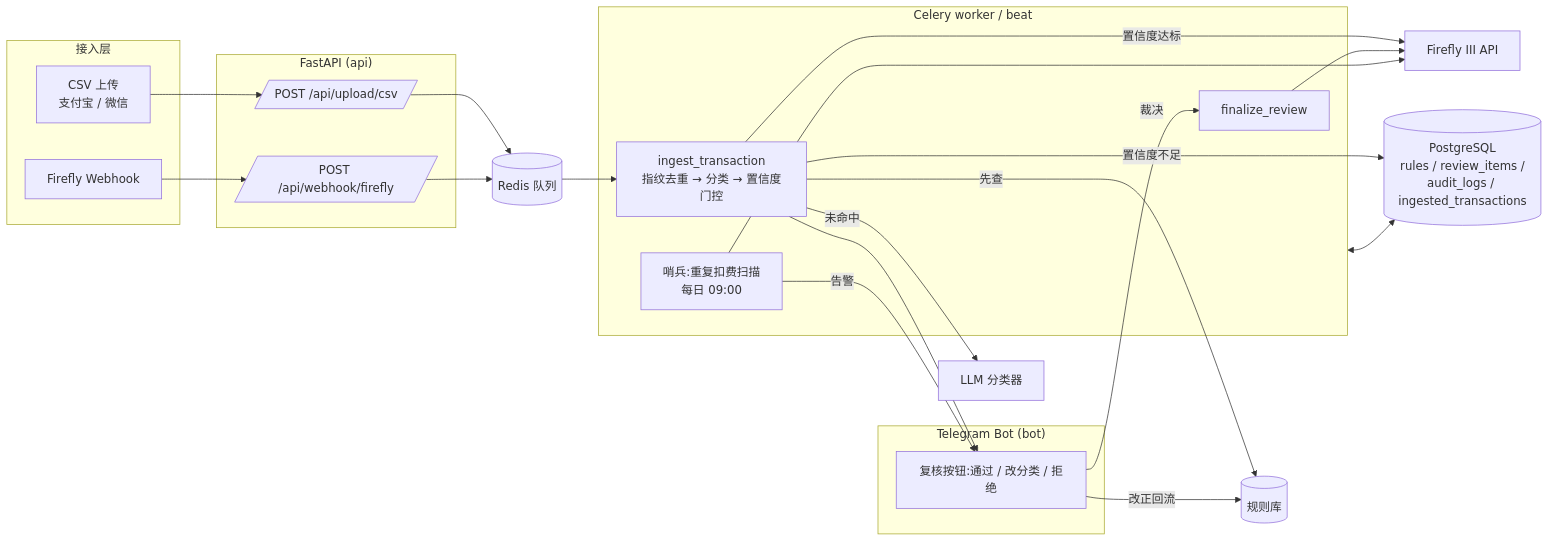
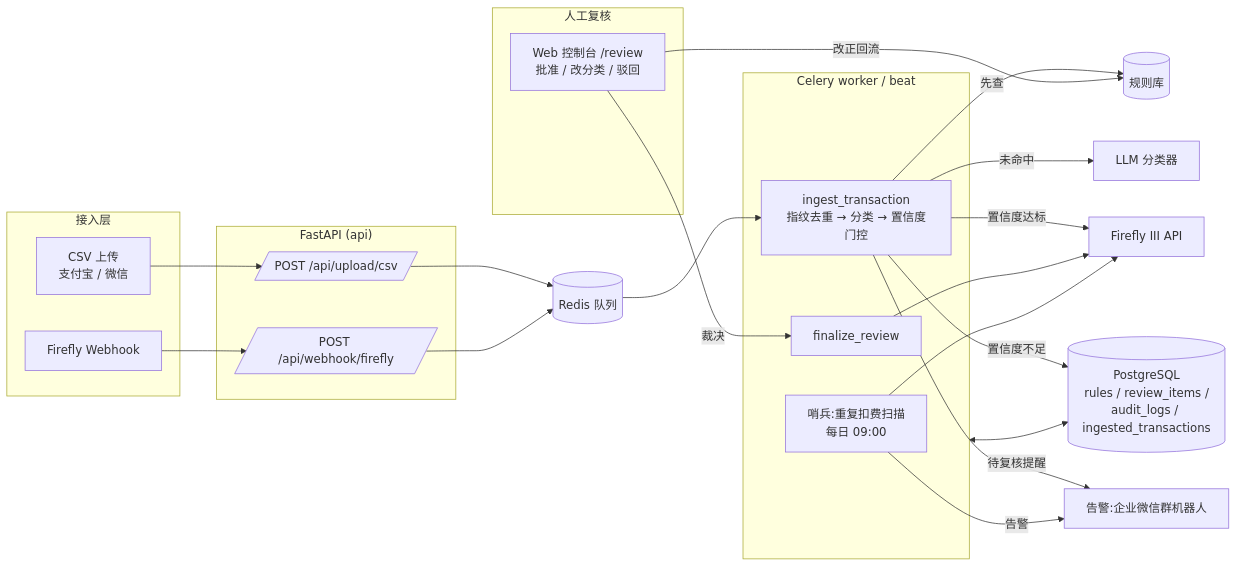
Before and after one commit to yingziviolet/firefly-copilot: the diagram in README.md, drawn with Mermaid. The commit also changed other lines of this file and 27 other files, not shown here.

First line of the commit message:
feat: Web 复核控制台 + 企业微信告警,移除 Telegram

````diff
--- a/README.md
+++ b/README.md
@@ -15,43 +16,45 @@
 ```mermaid
 flowchart LR
     subgraph 接入层
         CSV[CSV 上传<br/>支付宝 / 微信]
         WH[Firefly Webhook]
     end
 
     subgraph API["FastAPI (api)"]
         UP[/POST /api/upload/csv/]
         FW[/POST /api/webhook/firefly/]
     end
 
     Q[(Redis 队列)]
 
     subgraph Worker["Celery worker / beat"]
         ING[ingest_transaction<br/>指纹去重 → 分类 → 置信度门控]
         FIN[finalize_review]
         SEN[哨兵:重复扣费扫描<br/>每日 09:00]
     end
 
     RULES[(规则库)]
     LLM[LLM 分类器]
     DB[(PostgreSQL<br/>rules / review_items /<br/>audit_logs / ingested_transactions)]
     FF[Firefly III API]
 
-    subgraph Bot["Telegram Bot (bot)"]
-        TG[复核按钮:通过 / 改分类 / 拒绝]
+    subgraph Review["人工复核"]
+        WEB[Web 控制台 /review<br/>批准 / 改分类 / 驳回]
     end
+
+    NOTIFY[告警:企业微信群机器人]
 
     CSV --> UP --> Q
     WH --> FW --> Q
     Q --> ING
     ING -->|先查| RULES
     ING -->|未命中| LLM
     ING -->|置信度达标| FF
     ING -->|置信度不足| DB
-    ING --> TG
-    TG -->|裁决| FIN --> FF
-    TG -->|改正回流| RULES
+    ING -->|待复核提醒| NOTIFY
+    WEB -->|裁决| FIN --> FF
+    WEB -->|改正回流| RULES
     SEN --> FF
-    SEN -->|告警| TG
+    SEN -->|告警| NOTIFY
     Worker <--> DB
 ```
````
